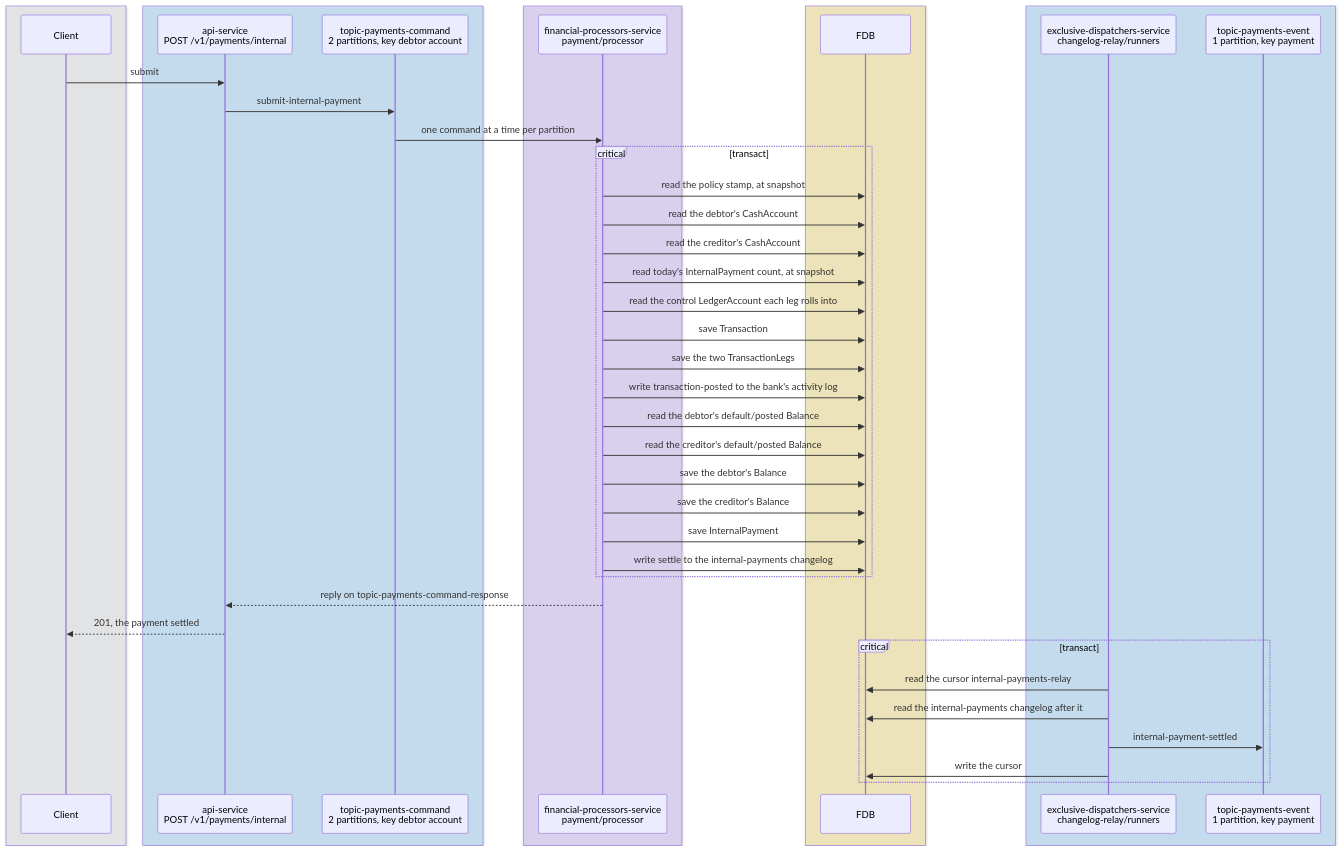
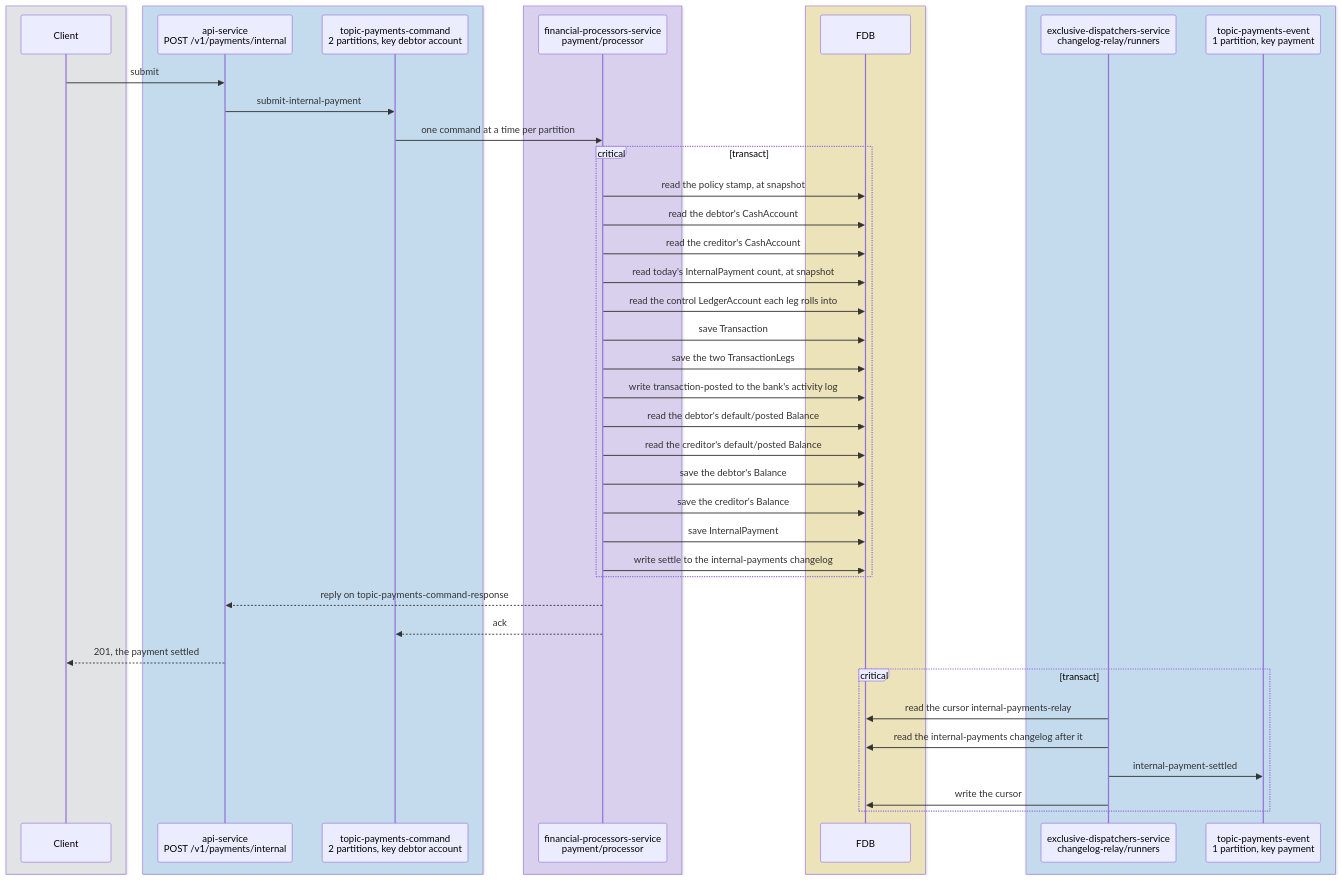
One commit to repldriven/queenswood changed the first of 2 diagrams in docs/tdd/payments-internal.md. Above: the diagram before and after it, drawn with Mermaid. The commit also changed other lines of this file, not shown here.

````diff
--- a/docs/tdd/payments-internal.md
+++ b/docs/tdd/payments-internal.md
@@ -67,47 +72,48 @@
 ```mermaid
 sequenceDiagram
     box rgba(233, 236, 239, 0.5)
     participant C as Client
     end
     box rgba(165, 216, 255, 0.45)
     participant API as api-service<br/>POST /v1/payments/internal
     participant PC as topic-payments-command<br/>2 partitions, key debtor account
     end
     box rgba(208, 191, 255, 0.45)
     participant PP as financial-processors-service<br/>payment/processor
     end
     box rgba(255, 236, 153, 0.5)
     participant DB as FDB
     end
     box rgba(165, 216, 255, 0.45)
     participant RR as exclusive-dispatchers-service<br/>changelog-relay/runners
     participant PE as topic-payments-event<br/>1 partition, key payment
     end
     C->>API: submit
     API->>PC: submit-internal-payment
     PC->>PP: one command at a time per partition
     critical transact
     PP->>DB: read the policy stamp, at snapshot
     PP->>DB: read the debtor's CashAccount
     PP->>DB: read the creditor's CashAccount
     PP->>DB: read today's InternalPayment count, at snapshot
     PP->>DB: read the control LedgerAccount each leg rolls into
     PP->>DB: save Transaction
     PP->>DB: save the two TransactionLegs
     PP->>DB: write transaction-posted to the bank's activity log
     PP->>DB: read the debtor's default/posted Balance
     PP->>DB: read the creditor's default/posted Balance
     PP->>DB: save the debtor's Balance
     PP->>DB: save the creditor's Balance
     PP->>DB: save InternalPayment
     PP->>DB: write settle to the internal-payments changelog
     end
     PP-->>API: reply on topic-payments-command-response
+    PP-->>PC: ack
     API-->>C: 201, the payment settled
     critical transact
     RR->>DB: read the cursor internal-payments-relay
     RR->>DB: read the internal-payments changelog after it
     RR->>PE: internal-payment-settled
     RR->>DB: write the cursor
     end
 ```
````
